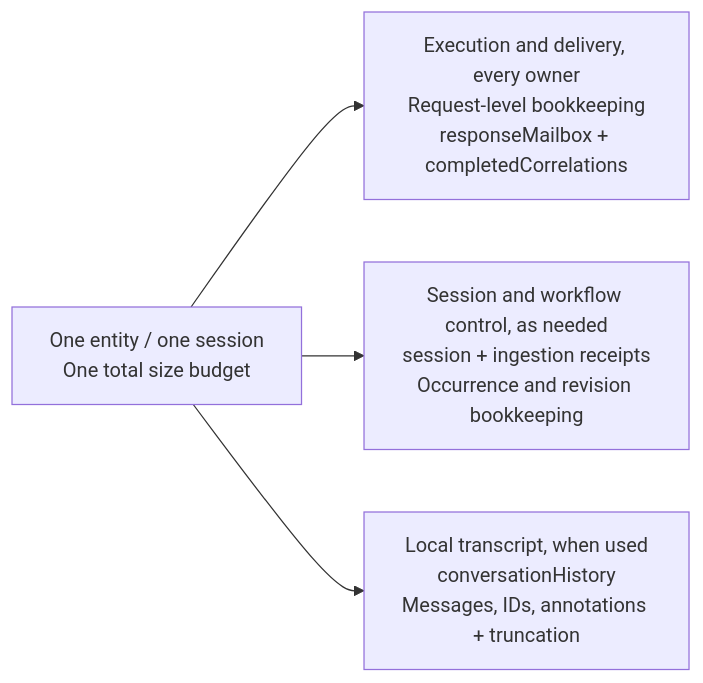
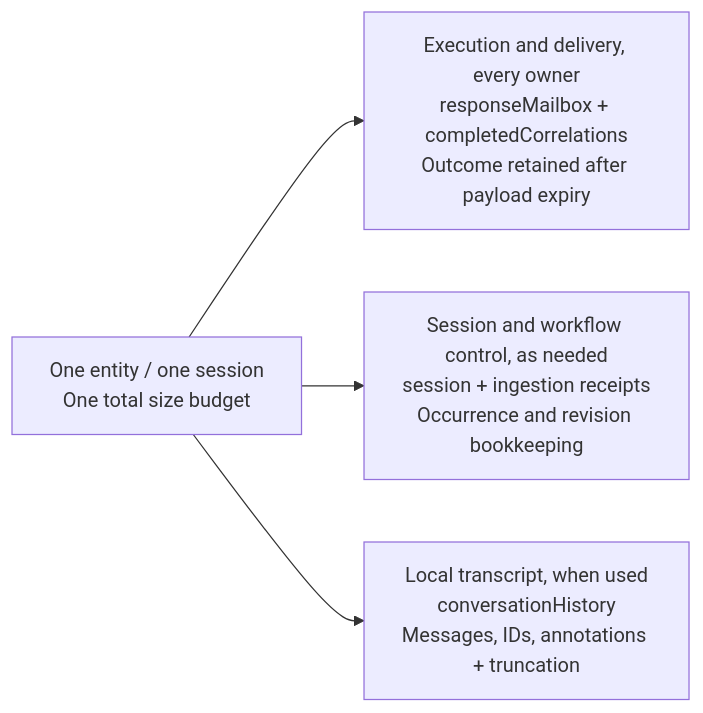
One commit to microsoft/agent-framework-durable-extension changed the second of 6 diagrams in docs/decisions/0032-durable-thread-compaction.md. Above: the diagram before and after it, drawn with Mermaid. The commit also changed other lines of this file, not shown here.

Commit message:
docs: retain invocation outcomes after delivery expiry

````diff
--- a/docs/decisions/0032-durable-thread-compaction.md
+++ b/docs/decisions/0032-durable-thread-compaction.md
@@ -196,7 +197,7 @@
 ```mermaid
 flowchart LR
   ENTITY["One entity / one session<br/>One total size budget"]
-  ENTITY --> EXEC["Execution and delivery, every owner<br/>Request-level bookkeeping<br/>responseMailbox + completedCorrelations"]
+  ENTITY --> EXEC["Execution and delivery, every owner<br/>responseMailbox + completedCorrelations<br/>Outcome retained after payload expiry"]
   ENTITY --> CONTROL["Session and workflow control, as needed<br/>session + ingestion receipts<br/>Occurrence and revision bookkeeping"]
   ENTITY --> HISTORY["Local transcript, when used<br/>conversationHistory<br/>Messages, IDs, annotations + truncation"]
 ```
````
